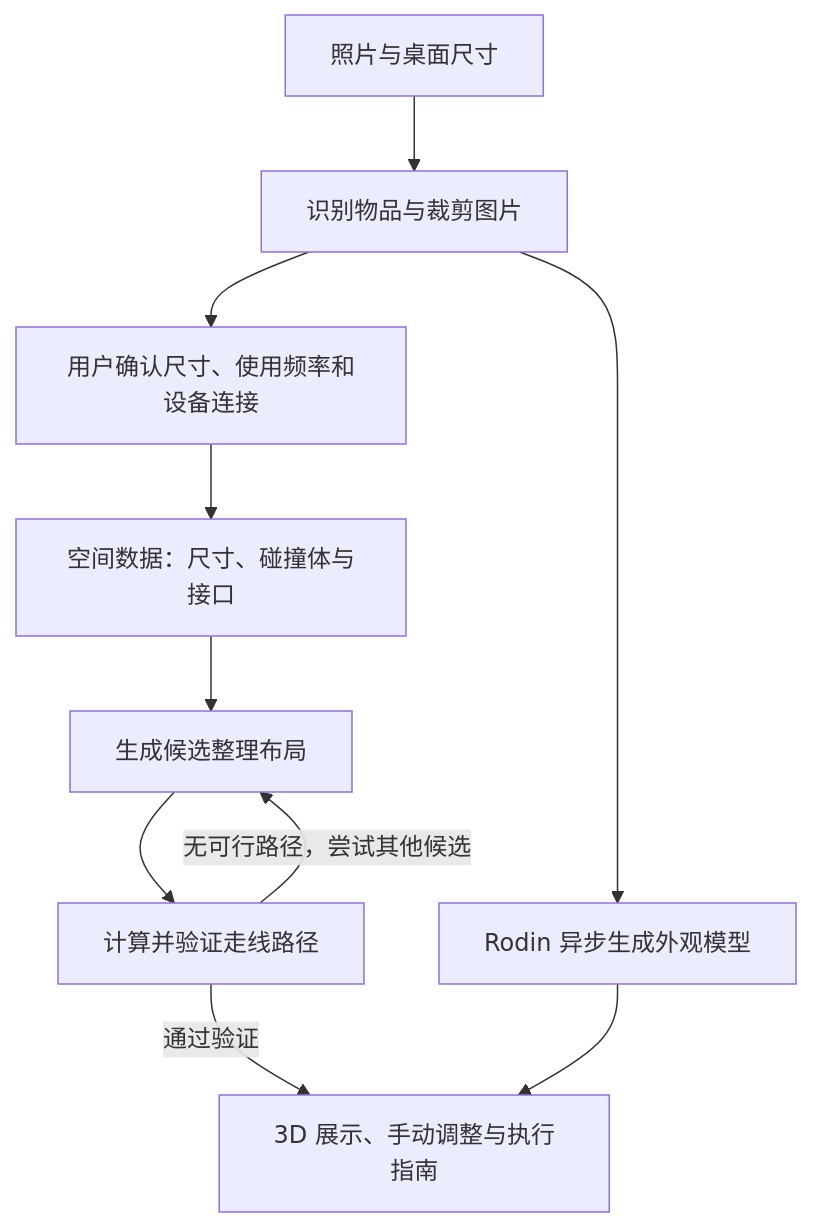
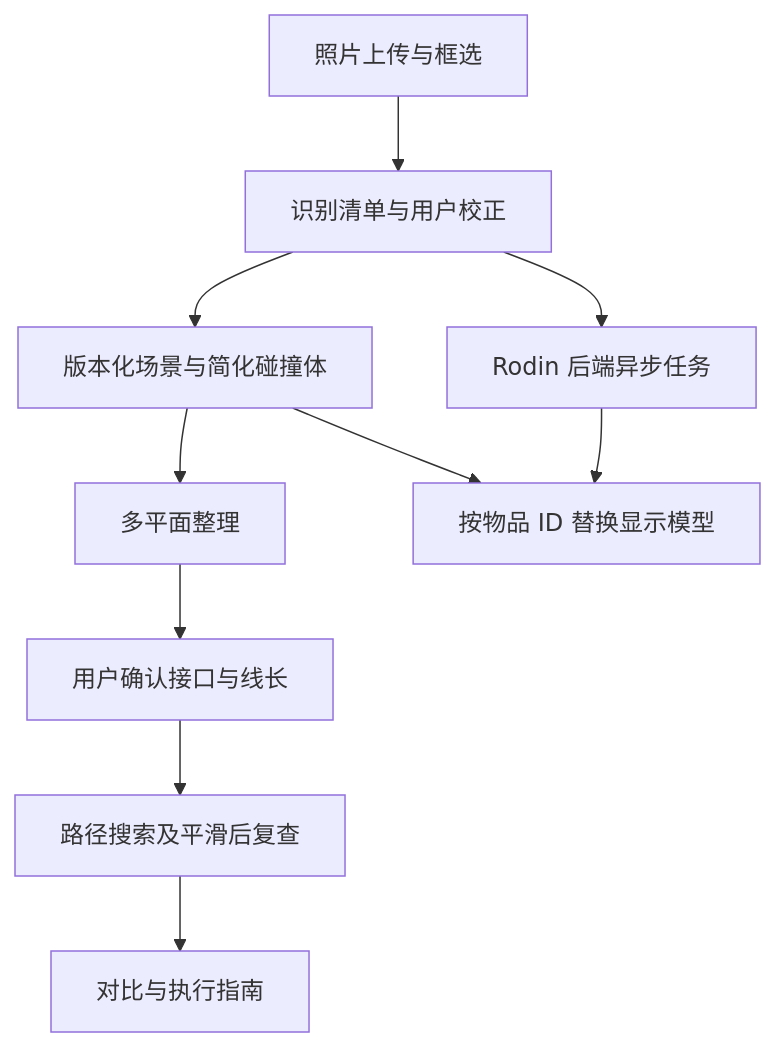
One commit to Techathon-fufu/DormTopology changed the diagram in docs/implementation_roadmap.md. Above: the diagram before and after it, drawn with Mermaid. The commit also changed other lines of this file and 4 other files, not shown here.

````diff
--- a/docs/implementation_roadmap.md
+++ b/docs/implementation_roadmap.md
@@ -35,12 +25,12 @@
 ```mermaid
 flowchart TD
-    A[照片与桌面尺寸] --> B[识别物品与裁剪图片]
-    B --> C[用户确认尺寸、使用频率和设备连接]
-    C --> D[空间数据：尺寸、碰撞体与接口]
-    B --> E[Rodin 异步生成外观模型]
-    D --> F[生成候选整理布局]
-    F --> G[计算并验证走线路径]
-    G -->|无可行路径，尝试其他候选| F
-    G -->|通过验证| H[3D 展示、手动调整与执行指南]
-    E --> H
+    A[照片上传与框选] --> B[识别清单与用户校正]
+    B --> C[版本化场景与简化碰撞体]
+    B --> D[Rodin 后端异步任务]
+    C --> E[多平面整理]
+    E --> F[用户确认接口与线长]
+    F --> G[路径搜索及平滑后复查]
+    G --> H[对比与执行指南]
+    D --> I[按物品 ID 替换显示模型]
+    C --> I
 ```
````
